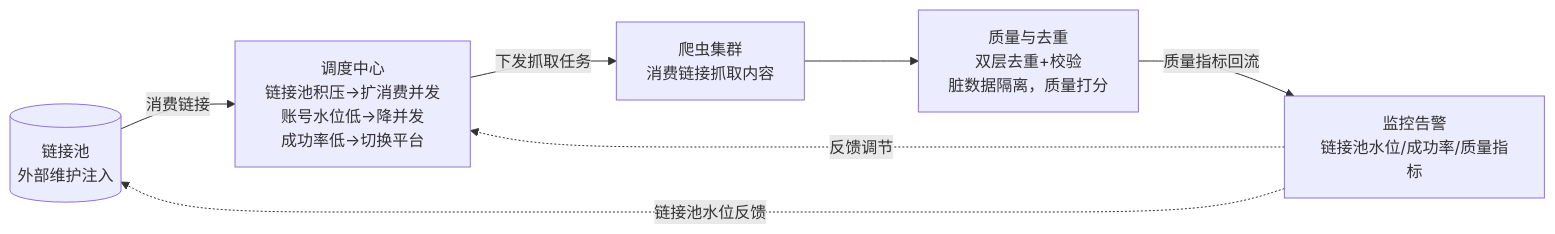
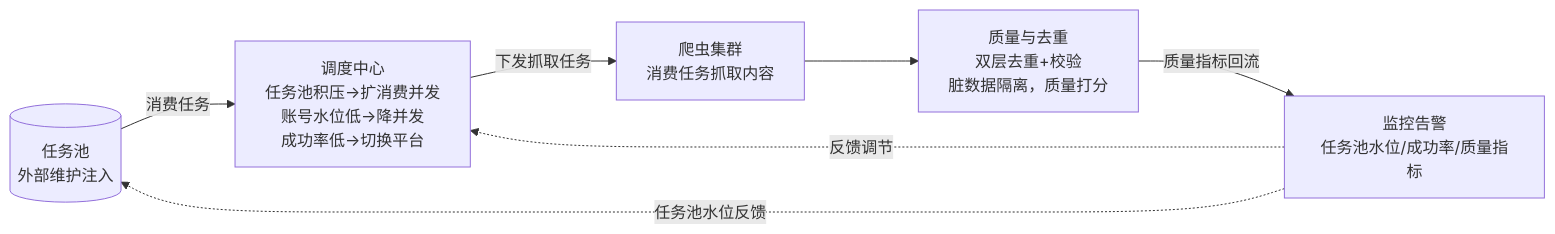
Before and after one commit to Sj-g/obsidian: the sixth of 6 diagrams in 公司项目/认知作战/软件概要设计简述.md, drawn with Mermaid. The commit also changed other lines of this file, not shown here.

````diff
--- a/公司项目/认知作战/软件概要设计简述.md
+++ b/公司项目/认知作战/软件概要设计简述.md
@@ -395,15 +417,15 @@
 ```mermaid
 flowchart LR
-    LP[("链接池<br/>外部维护注入")]
-    MON["监控告警<br/>链接池水位/成功率/质量指标"]
-    SCH["调度中心<br/>链接池积压→扩消费并发<br/>账号水位低→降并发<br/>成功率低→切换平台"]
-    CRAWL["爬虫集群<br/>消费链接抓取内容"]
+    TP[("任务池<br/>外部维护注入")]
+    MON["监控告警<br/>任务池水位/成功率/质量指标"]
+    SCH["调度中心<br/>任务池积压→扩消费并发<br/>账号水位低→降并发<br/>成功率低→切换平台"]
+    CRAWL["爬虫集群<br/>消费任务抓取内容"]
     QUAL["质量与去重<br/>双层去重+校验<br/>脏数据隔离，质量打分"]
 
-    LP -->|"消费链接"| SCH
+    TP -->|"消费任务"| SCH
     MON -.->|"反馈调节"| SCH
     SCH -->|"下发抓取任务"| CRAWL
     CRAWL --> QUAL
     QUAL -->|"质量指标回流"| MON
-    MON -.->|"链接池水位反馈"| LP
+    MON -.->|"任务池水位反馈"| TP
 ```
````
